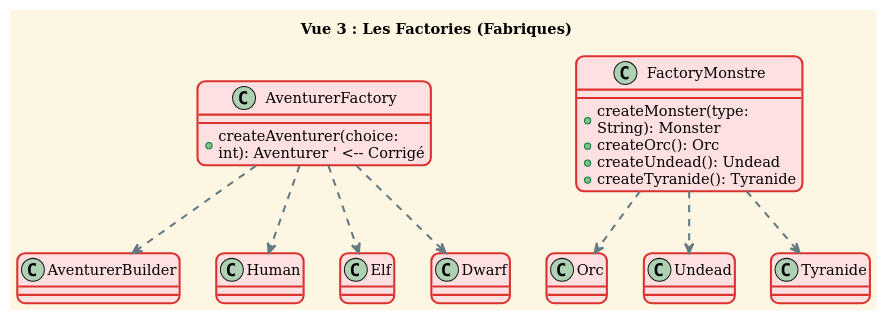
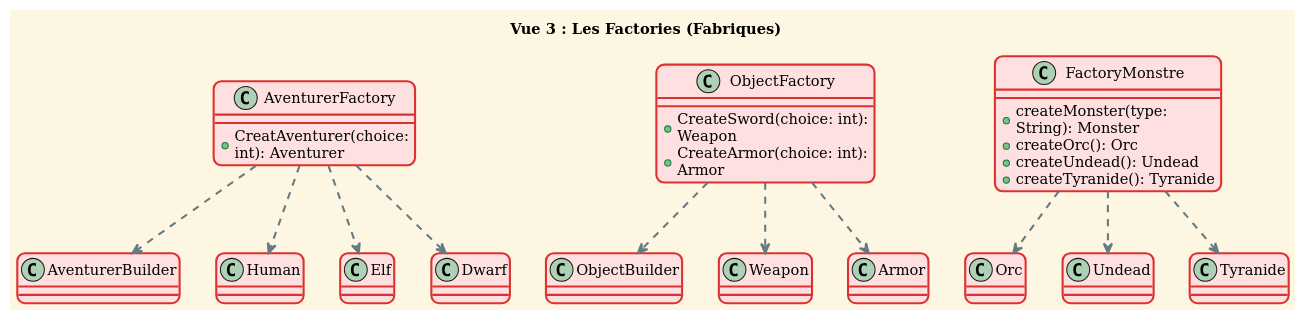
One commit to Leo-LTdev/JavaGradle changed the third of 4 diagrams in app/src/main/java/projet/Architecture/Architecture.md. Above: the diagram before and after it, drawn with PlantUML. The commit also changed other lines of this file, not shown here.

````diff
--- a/app/src/main/java/projet/Architecture/Architecture.md
+++ b/app/src/main/java/projet/Architecture/Architecture.md
@@ -131,37 +163,49 @@
 ```plantuml
 @startuml
 !theme sunlust
 title Vue 3 : Les Factories (Fabriques)
 
 ' Définition des classes produits et builder nécessaires (doivent être définies pour la liaison)
 class AventurerBuilder
+class ObjectBuilder
 class Orc
 class Undead
 class Tyranide
 class Human
 class Elf
 class Dwarf
+class Weapon
+class Armor
 
 class FactoryMonstre {
   + createMonster(type: String): Monster
   + createOrc(): Orc
   + createUndead(): Undead
   + createTyranide(): Tyranide
 }
 
 class AventurerFactory {
-  + createAventurer(choice: int): Aventurer ' <-- Corrigé
+  + CreatAventurer(choice: int): Aventurer
+}
+
+class ObjectFactory {
+  + CreateSword(choice: int): Weapon
+  + CreateArmor(choice: int): Armor
 }
 
 ' Relations de Dépendance (Factories créent des Produits/utilisent des Builders)
 FactoryMonstre ..> Orc
 FactoryMonstre ..> Undead
 FactoryMonstre ..> Tyranide
 
 AventurerFactory ..> AventurerBuilder
 AventurerFactory ..> Human
 AventurerFactory ..> Elf
 AventurerFactory ..> Dwarf
 
+ObjectFactory ..> ObjectBuilder
+ObjectFactory ..> Weapon
+ObjectFactory ..> Armor
+
 @enduml
 ```
````
